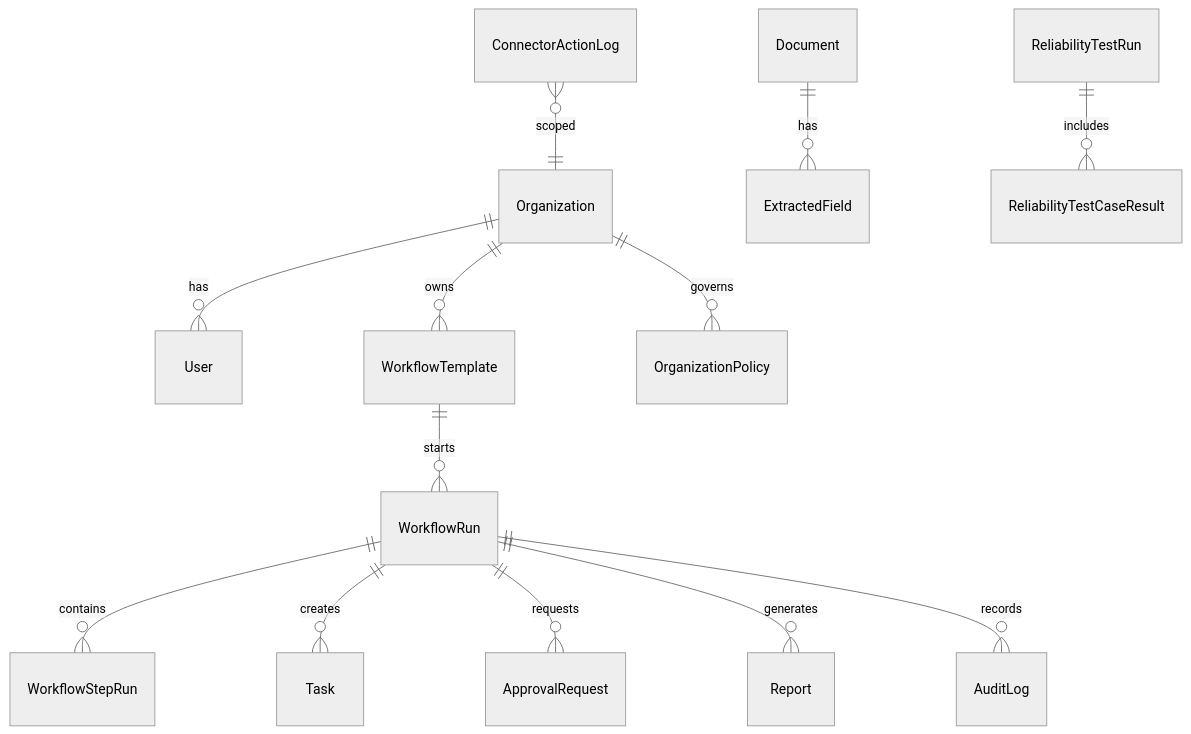
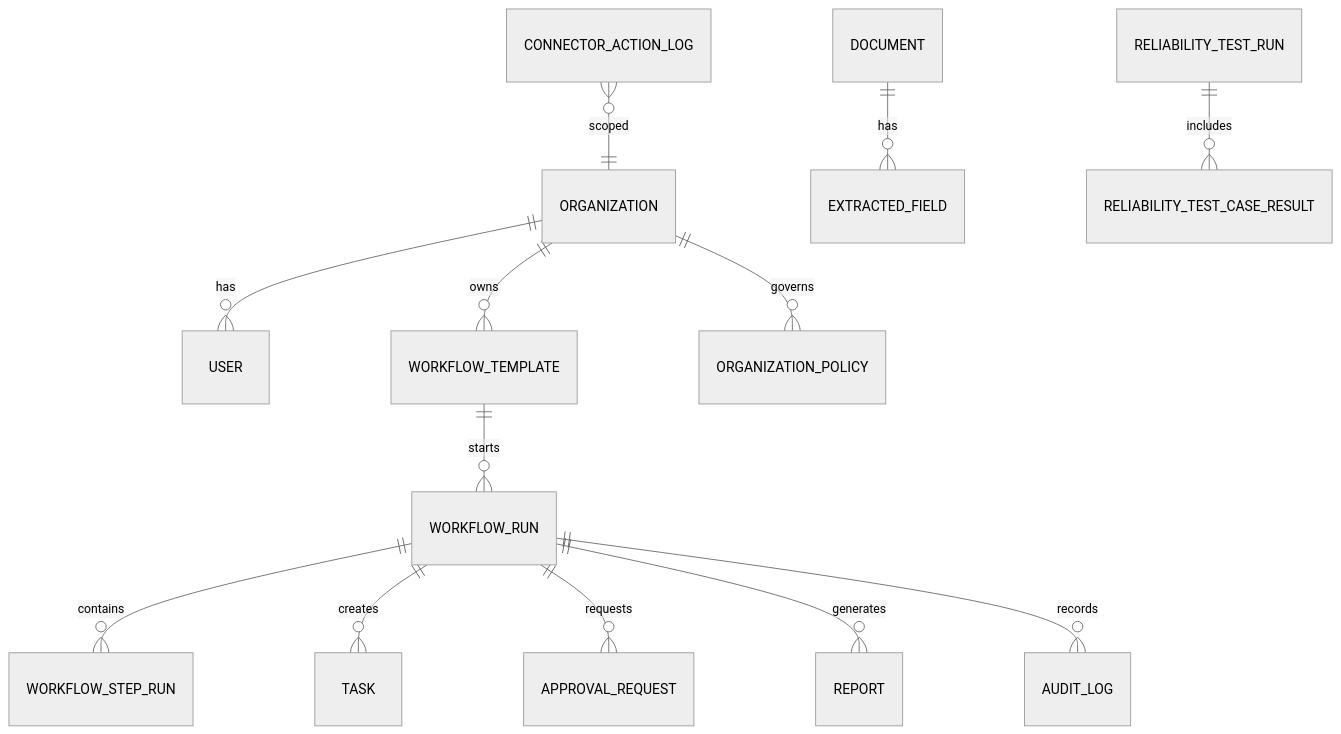
One commit to HUSNAIN-MUNAWAR/workflowops-ai changed the third of 4 diagrams in README.md. Above: the diagram before and after it, drawn with Mermaid (neutral theme). The commit also changed other lines of this file and 30 other files, not shown here.

````diff
--- a/README.md
+++ b/README.md
@@ -141,15 +80,15 @@
 ```mermaid
 erDiagram
-  Organization ||--o{ User : has
-  Organization ||--o{ WorkflowTemplate : owns
-  WorkflowTemplate ||--o{ WorkflowRun : starts
-  WorkflowRun ||--o{ WorkflowStepRun : contains
-  WorkflowRun ||--o{ Task : creates
-  WorkflowRun ||--o{ ApprovalRequest : requests
-  WorkflowRun ||--o{ Report : generates
-  Document ||--o{ ExtractedField : has
-  WorkflowRun ||--o{ AuditLog : records
-  Organization ||--o{ OrganizationPolicy : governs
-  ReliabilityTestRun ||--o{ ReliabilityTestCaseResult : includes
-  ConnectorActionLog }o--|| Organization : scoped
+  ORGANIZATION ||--o{ USER : has
+  ORGANIZATION ||--o{ WORKFLOW_TEMPLATE : owns
+  WORKFLOW_TEMPLATE ||--o{ WORKFLOW_RUN : starts
+  WORKFLOW_RUN ||--o{ WORKFLOW_STEP_RUN : contains
+  WORKFLOW_RUN ||--o{ TASK : creates
+  WORKFLOW_RUN ||--o{ APPROVAL_REQUEST : requests
+  WORKFLOW_RUN ||--o{ REPORT : generates
+  DOCUMENT ||--o{ EXTRACTED_FIELD : has
+  WORKFLOW_RUN ||--o{ AUDIT_LOG : records
+  ORGANIZATION ||--o{ ORGANIZATION_POLICY : governs
+  RELIABILITY_TEST_RUN ||--o{ RELIABILITY_TEST_CASE_RESULT : includes
+  CONNECTOR_ACTION_LOG }o--|| ORGANIZATION : scoped
 ```
````
